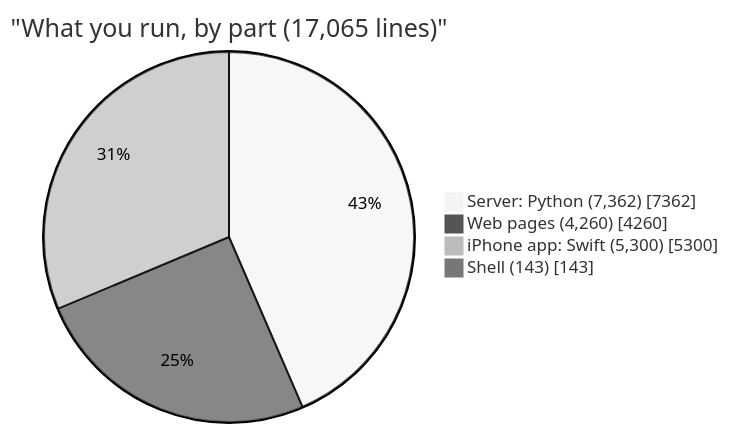
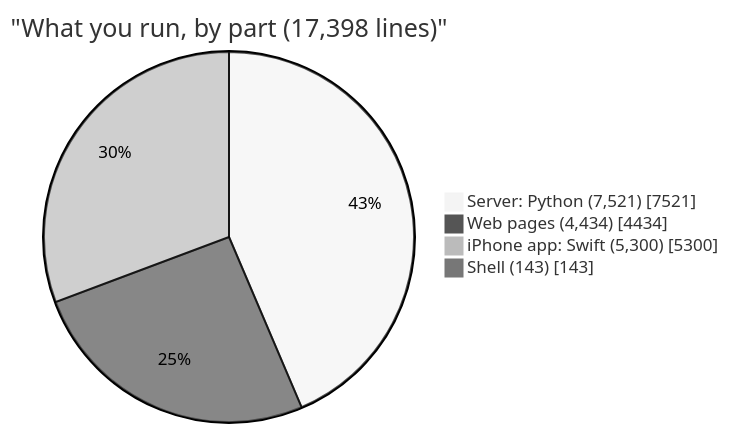
The first of 2 diagrams in docs/book/02-code-tour.md (jflam/photo-estate), drawn with Mermaid (neutral theme) before and after one commit. The commit also changed other lines of this file and 7 other files, not shown here.

````diff
--- a/docs/book/02-code-tour.md
+++ b/docs/book/02-code-tour.md
@@ -23,7 +23,7 @@
 ```mermaid
-pie showData title "What you run, by part (17,065 lines)"
-    "Server: Python (7,362)" : 7362
-    "Web pages (4,260)" : 4260
+pie showData title "What you run, by part (17,398 lines)"
+    "Server: Python (7,521)" : 7521
+    "Web pages (4,434)" : 4434
     "iPhone app: Swift (5,300)" : 5300
     "Shell (143)" : 143
 ```
````
